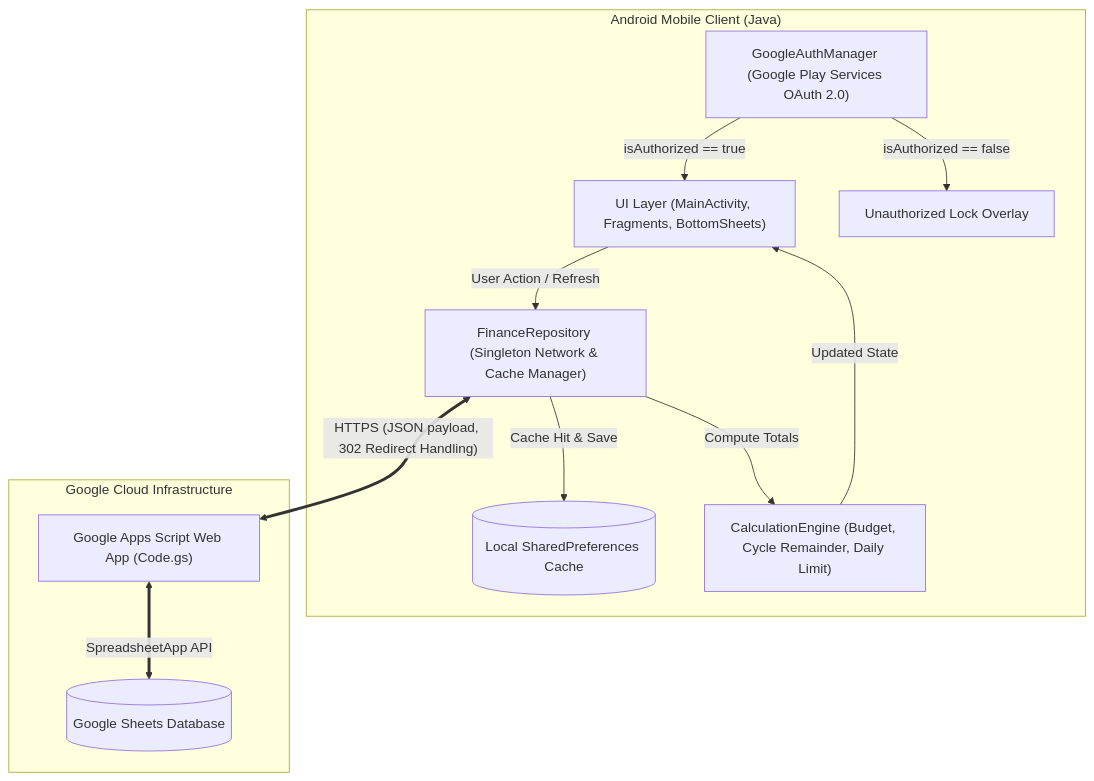
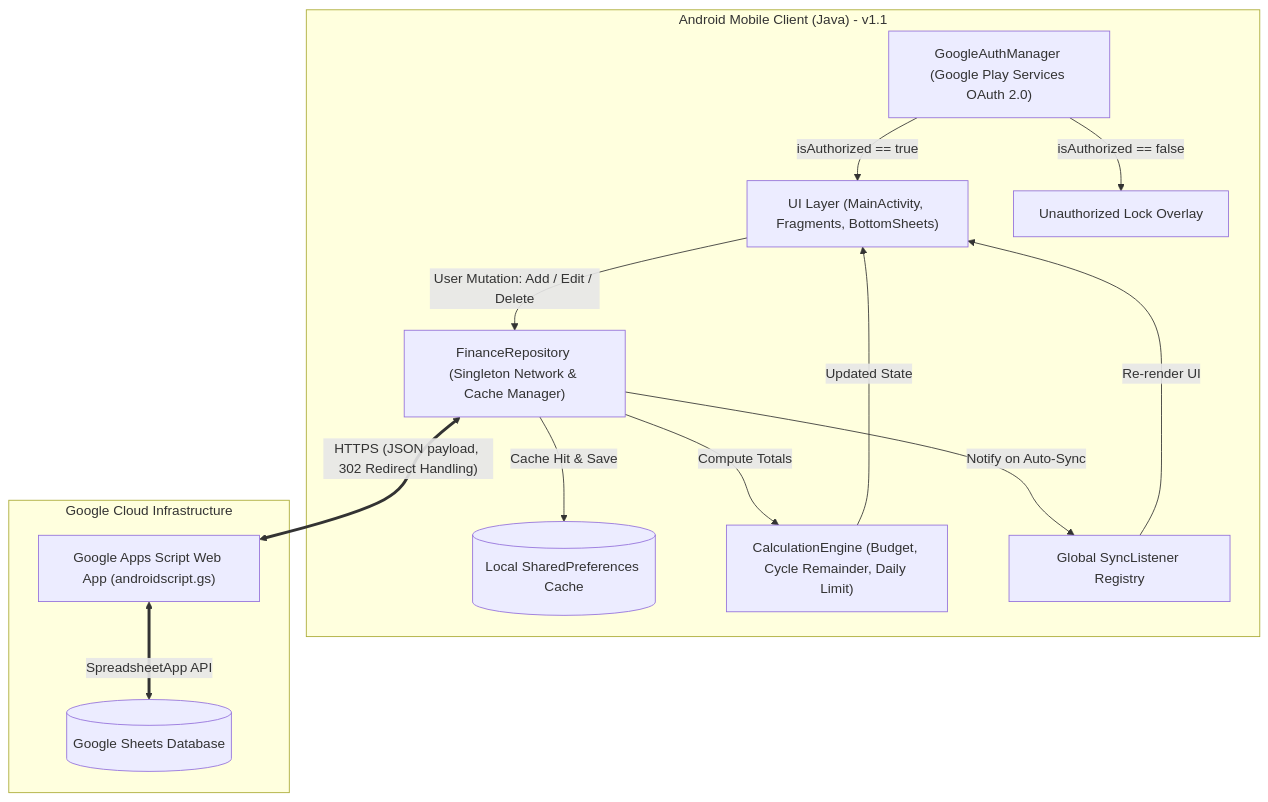
The first of 3 diagrams in README.md (sayan05052000/Finance-Manager), drawn with Mermaid before and after one commit. The commit also changed other lines of this file, not shown here.

````diff
--- a/README.md
+++ b/README.md
@@ -273,25 +332,28 @@
 ```mermaid
 flowchart TD
-    subgraph MobileApp["Android Mobile Client (Java)"]
+    subgraph MobileApp["Android Mobile Client (Java) - v1.1"]
         Auth["GoogleAuthManager (Google Play Services OAuth 2.0)"]
         UI["UI Layer (MainActivity, Fragments, BottomSheets)"]
         Repo["FinanceRepository (Singleton Network & Cache Manager)"]
         Cache[("Local SharedPreferences Cache")]
         Engine["CalculationEngine (Budget, Cycle Remainder, Daily Limit)"]
+        SyncListener["Global SyncListener Registry"]
 
         Auth -->|isAuthorized == true| UI
         Auth -->|isAuthorized == false| Lock["Unauthorized Lock Overlay"]
-        UI -->|User Action / Refresh| Repo
+        UI -->|User Mutation: Add / Edit / Delete| Repo
         Repo -->|Cache Hit & Save| Cache
         Repo -->|Compute Totals| Engine
         Engine -->|Updated State| UI
+        Repo -->|Notify on Auto-Sync| SyncListener
+        SyncListener -->|Re-render UI| UI
     end
 
     subgraph Backend["Google Cloud Infrastructure"]
-        GAS["Google Apps Script Web App (Code.gs)"]
+        GAS["Google Apps Script Web App (androidscript.gs)"]
         Sheet[("Google Sheets Database")]
 
         Repo <==>|"HTTPS (JSON payload, 302 Redirect Handling)"| GAS
         GAS <==>|"SpreadsheetApp API"| Sheet
     end
 ```
````
